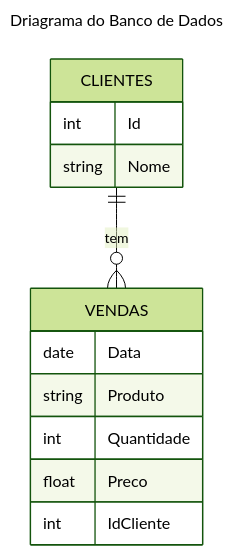
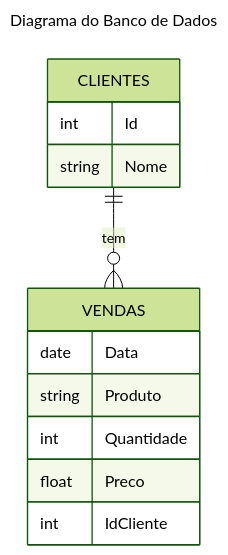
The diagram in README.md (wellicfaria/egd_ex01), drawn with Mermaid (forest theme) before and after one commit. The commit also changed other lines of this file and 4 other files, not shown here.

````diff
--- a/README.md
+++ b/README.md
@@ -110,19 +74,18 @@
 ```mermaid
 ---
-title: Driagrama do Banco de Dados
+title: Diagrama do Banco de Dados
 ---
 erDiagram
     CLIENTES ||--o{ VENDAS : tem
     CLIENTES {
         int Id
         string Nome
     }
     VENDAS {
         date Data
         string Produto
         int Quantidade
         float Preco
         int IdCliente
     }
-
 ```
````
